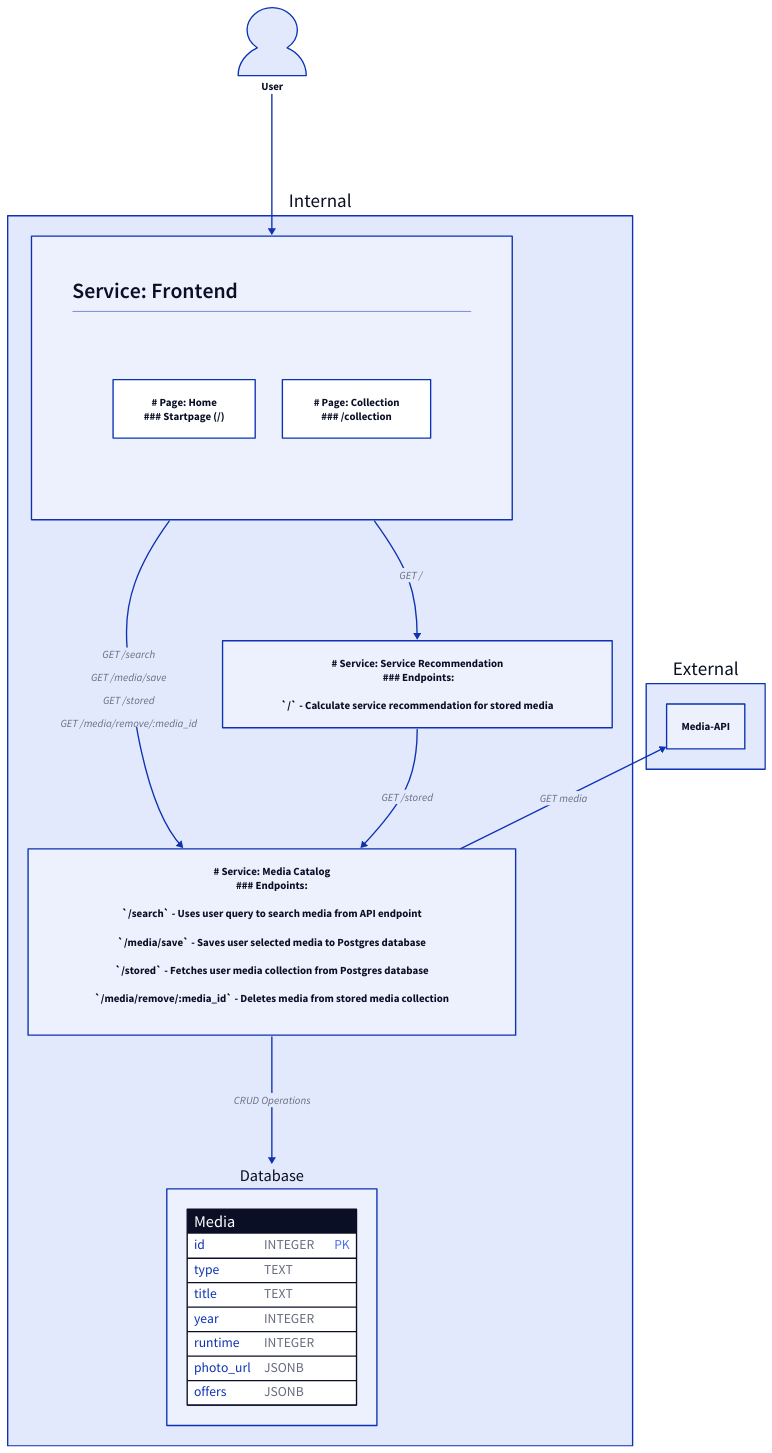
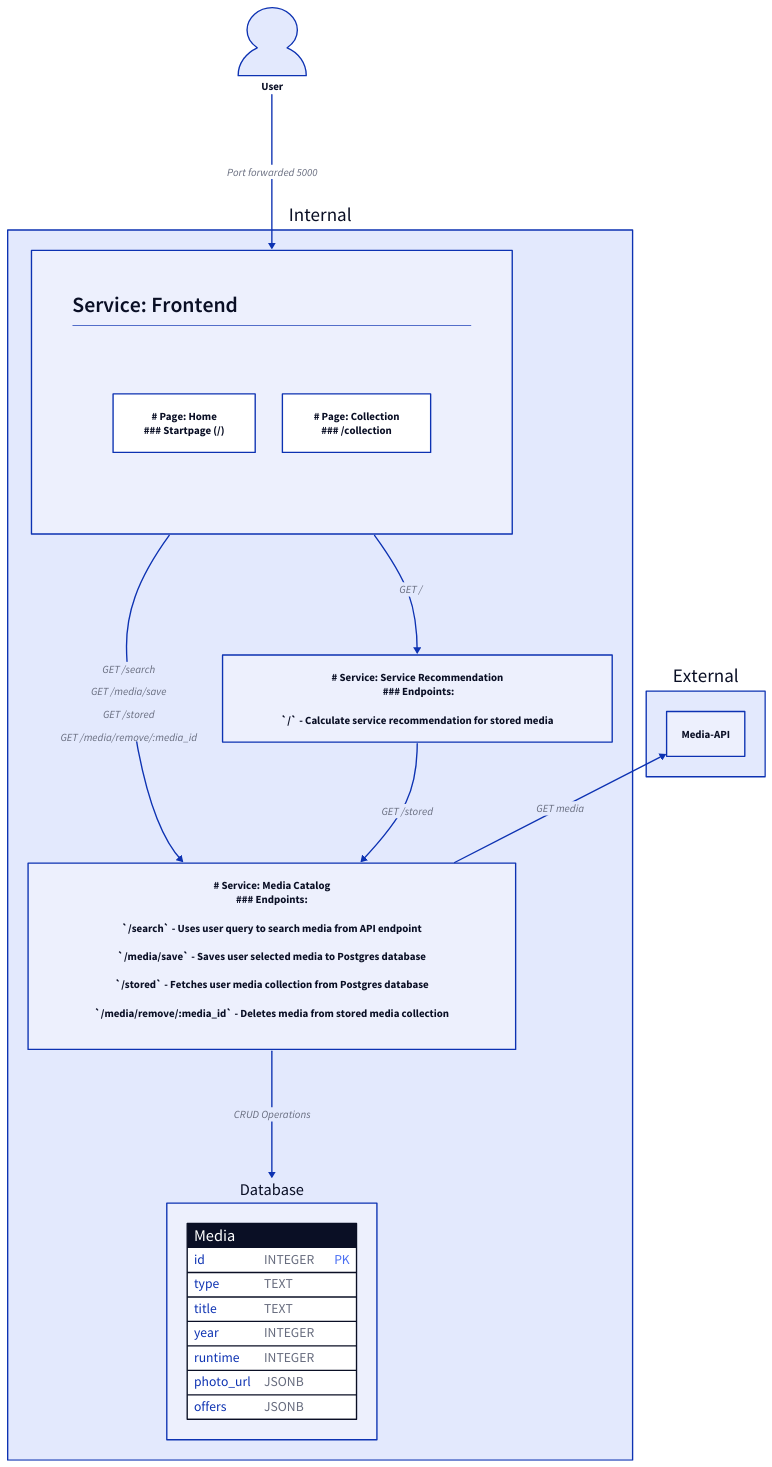
The diagram in diagrams/src/architecture.d2 (Adam-Mattsson/PA2577-Build-Something), drawn with D2 before and after one commit. The commit also changed 3 other files, not shown here.

Commit message:
Updated README + Architecture Diagram

```diff
--- a/diagrams/src/architecture.d2
+++ b/diagrams/src/architecture.d2
@@ -1,96 +1,96 @@
 direction: down
 
 User: {
   shape: person
   width: 100
   height: 100
 }
 
 Internal: {
   Frontend: {
     label: ""
     grid-rows: 2
 
     Data: |md
       # Service: Frontend
     |
 
     pages: {
       label: ""
       grid-columns: 2
       style.fill: transparent
       style.stroke-width: 0
 
       frontend-home: |md
         # Page: Home
         ### Startpage (/)
       |
       frontend-collection: |md
         # Page: Collection
         ### /collection
       |
       frontend-home.shape: rectangle
       frontend-collection.shape: rectangle
     }
   }
   Frontend.shape: rectangle
 
   media-catalog: |md
     # Service: Media Catalog
     ### Endpoints:
-    
+
     `/search` - Uses user query to search media from API endpoint
 
     `/media/save` - Saves user selected media to Postgres database
 
     `/stored` - Fetches user media collection from Postgres database
 
     `/media/remove/:media_id` - Deletes media from stored media collection
-    
+
   |
   media-catalog.shape: rectangle
 
   service-recommendation: |md
      # Service: Service Recommendation
      ### Endpoints:
      
     `/` - Calculate service recommendation for stored media
   |
   service-recommendation.shape: rectangle
 
   Database: {
     Media: {
       shape: sql_table
       id: INTEGER {constraint: [primary_key]}
       type: TEXT
       title: TEXT
       year: INTEGER
       runtime: INTEGER
       photo_url: JSONB
       offers: JSONB
     }
   }
   Database.shape: rectangle
 
   Frontend -> media-catalog: |md
     GET /search
 
     GET /media/save
 
     GET /stored
-    
+
     GET /media/remove/:media_id
   |
   Frontend -> service-recommendation: GET /
   service-recommendation -> media-catalog: GET /stored
   media-catalog -> Database: CRUD Operations
 }
 
 External: {
   near: center-right
   Media-API
 }
 
 Internal.media-catalog -> External.Media-API: GET media
 
-User -> Internal.Frontend
+User -> Internal.Frontend: Port forwarded 5000
```
